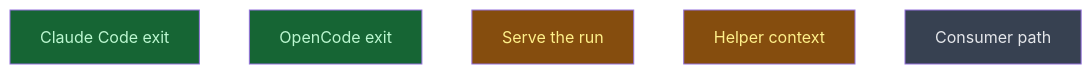
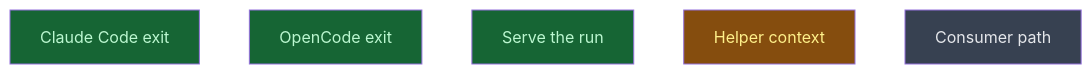
One commit to CrackingShells/Candler changed the diagram in __roadmap__/run_context/readers/README.md. Above: the diagram before and after it, drawn with Mermaid. The commit also changed other lines of this file, not shown here.

Commit message:
rdm(evaluation): close the serving of the stored run

````diff
--- a/__roadmap__/run_context/readers/README.md
+++ b/__roadmap__/run_context/readers/README.md
@@ -17,13 +17,13 @@
 ```mermaid
 graph TD
     cc_reader_exit[Claude Code exit]:::done
     oc_reader_exit[OpenCode exit]:::done
-    serve_context[Serve the run]:::inprogress
+    serve_context[Serve the run]:::done
     helper_context[Helper context]:::inprogress
     e2e[Consumer path]:::planned
     classDef done       fill:#166534,color:#bbf7d0
     classDef inprogress fill:#854d0e,color:#fef08a
     classDef planned    fill:#374151,color:#e5e7eb
     classDef amendment  fill:#1e3a5f,color:#bfdbfe
     classDef blocked    fill:#7f1d1d,color:#fecaca
 ```
````
